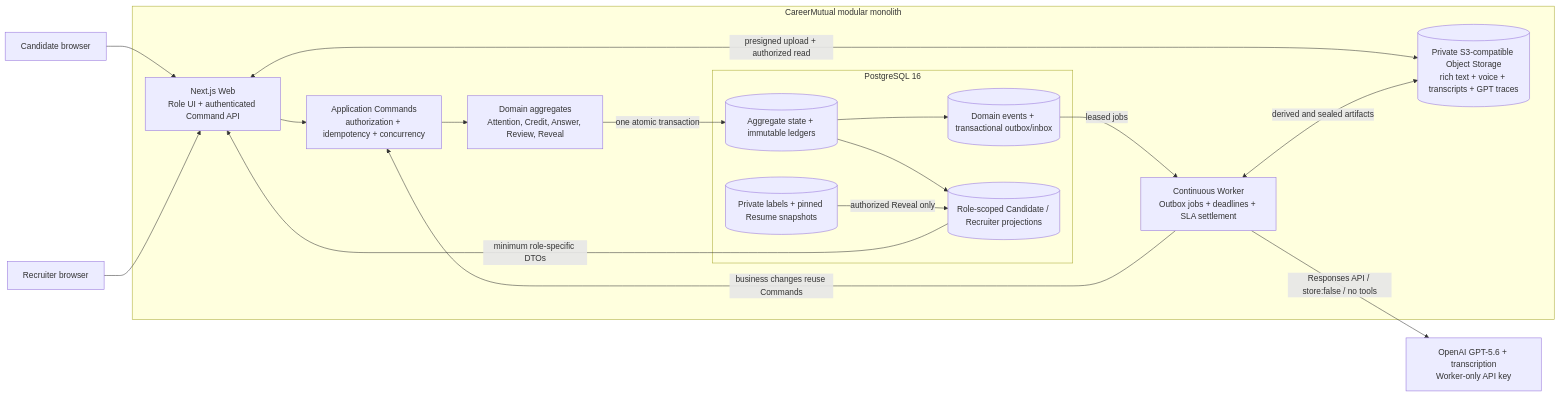
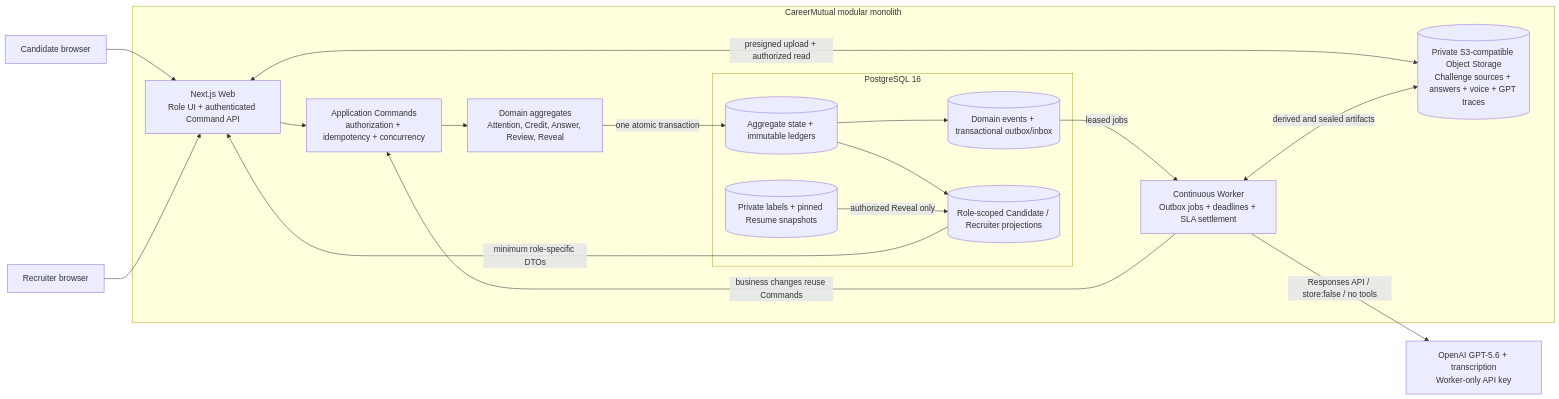
One commit to NBellic10010/CareerMutual changed the diagram in README.md. Above: the diagram before and after it, drawn with Mermaid. The commit also changed other lines of this file and 34 other files, not shown here.

````diff
--- a/README.md
+++ b/README.md
@@ -153,35 +156,35 @@
 ```mermaid
 flowchart LR
     C["Candidate browser"] --> WEB
     R["Recruiter browser"] --> WEB
 
     subgraph RUNTIME["CareerMutual modular monolith"]
         WEB["Next.js Web<br/>Role UI + authenticated Command API"]
         APP["Application Commands<br/>authorization + idempotency + concurrency"]
         DOMAIN["Domain aggregates<br/>Attention, Credit, Answer, Review, Reveal"]
         WORKER["Continuous Worker<br/>Outbox jobs + deadlines + SLA settlement"]
-        STORE[("Private S3-compatible Object Storage<br/>rich text + voice + transcripts + GPT traces")]
+        STORE[("Private S3-compatible Object Storage<br/>Challenge sources + answers + voice + GPT traces")]
 
         subgraph PG["PostgreSQL 16"]
             STATE[("Aggregate state + immutable ledgers")]
             EVENTS[("Domain events + transactional outbox/inbox")]
             PROJ[("Role-scoped Candidate / Recruiter projections")]
             VAULT[("Private labels + pinned Resume snapshots")]
         end
     end
 
     WEB --> APP
     APP --> DOMAIN
     DOMAIN -->|"one atomic transaction"| STATE
     STATE --> EVENTS
     STATE --> PROJ
     PROJ -->|"minimum role-specific DTOs"| WEB
     EVENTS -->|"leased jobs"| WORKER
     WORKER -->|"business changes reuse Commands"| APP
 
     WEB <-->|"presigned upload + authorized read"| STORE
     WORKER <-->|"derived and sealed artifacts"| STORE
     VAULT -->|"authorized Reveal only"| PROJ
 
     WORKER -->|"Responses API / store:false / no tools"| AI["OpenAI GPT-5.6 + transcription<br/>Worker-only API key"]
 ```
````
